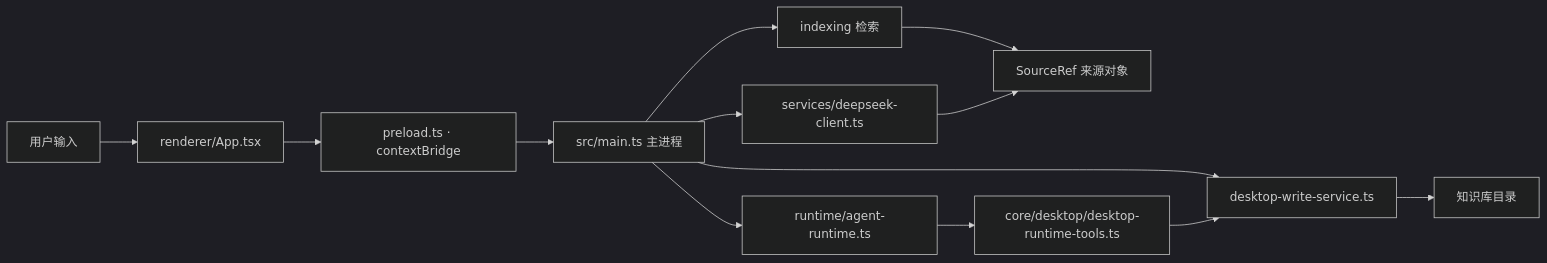
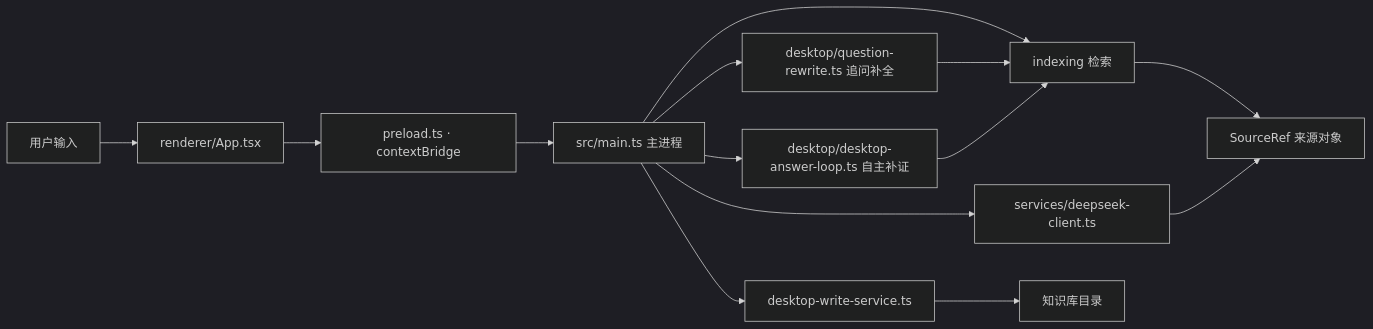
The diagram in 项目接手指南.md (3533008548/agent-for-obsidian), drawn with Mermaid (dark theme) before and after one commit. The commit also changed other lines of this file and 97 other files, not shown here.

````diff
--- a/项目接手指南.md
+++ b/项目接手指南.md
@@ -23,15 +23,16 @@
 ```mermaid
 flowchart LR
   U[用户输入] --> V[renderer/App.tsx]
   V --> P[preload.ts · contextBridge]
   P --> M[src/main.ts 主进程]
-  M --> R[runtime/agent-runtime.ts]
+  M --> Q[desktop/question-rewrite.ts 追问补全]
+  M --> L[desktop/desktop-answer-loop.ts 自主补证]
   M --> I[indexing 检索]
   M --> D[services/deepseek-client.ts]
   M --> W[desktop-write-service.ts]
   I --> S[SourceRef 来源对象]
   D --> S
-  R --> T[core/desktop/desktop-runtime-tools.ts]
-  T --> W
+  Q --> I
+  L --> I
   W --> FS[知识库目录]
 ```
````
